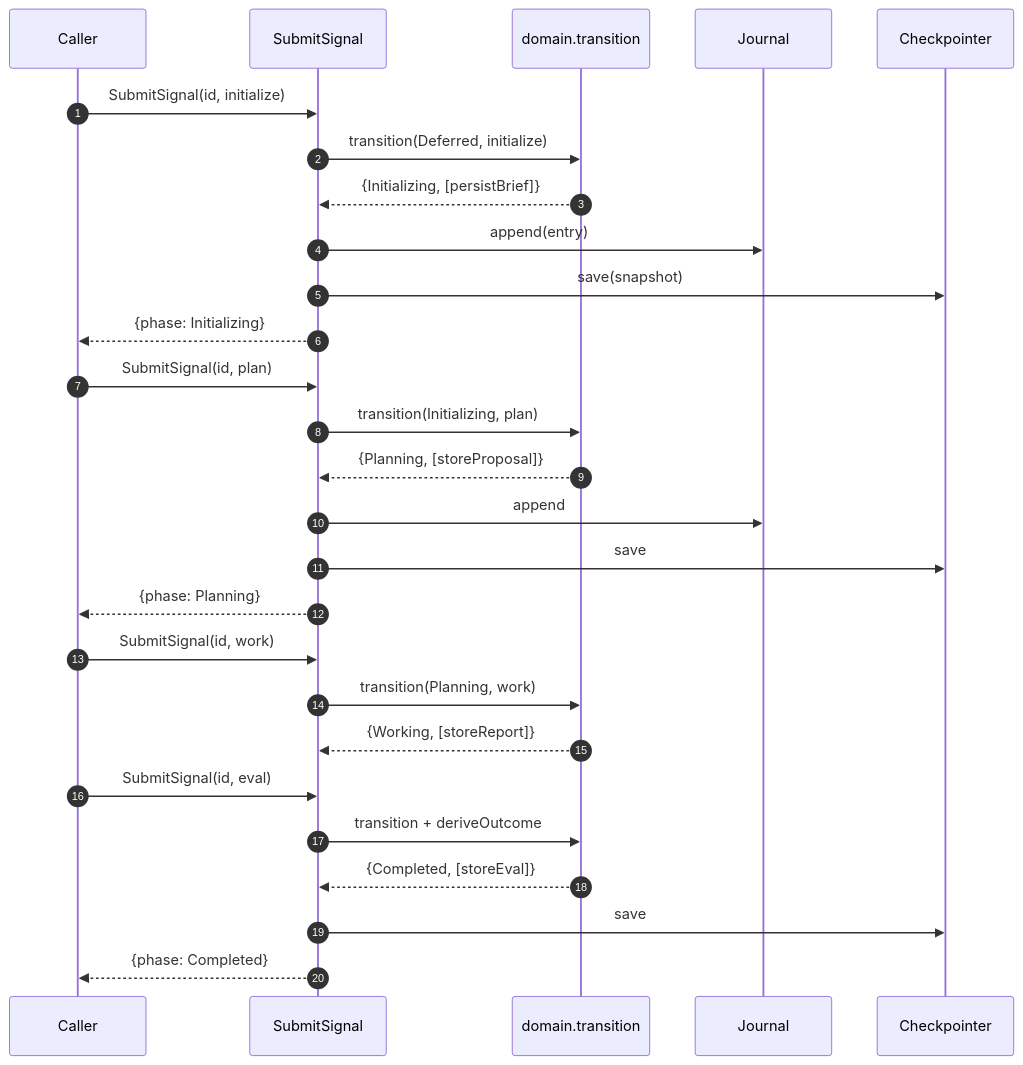
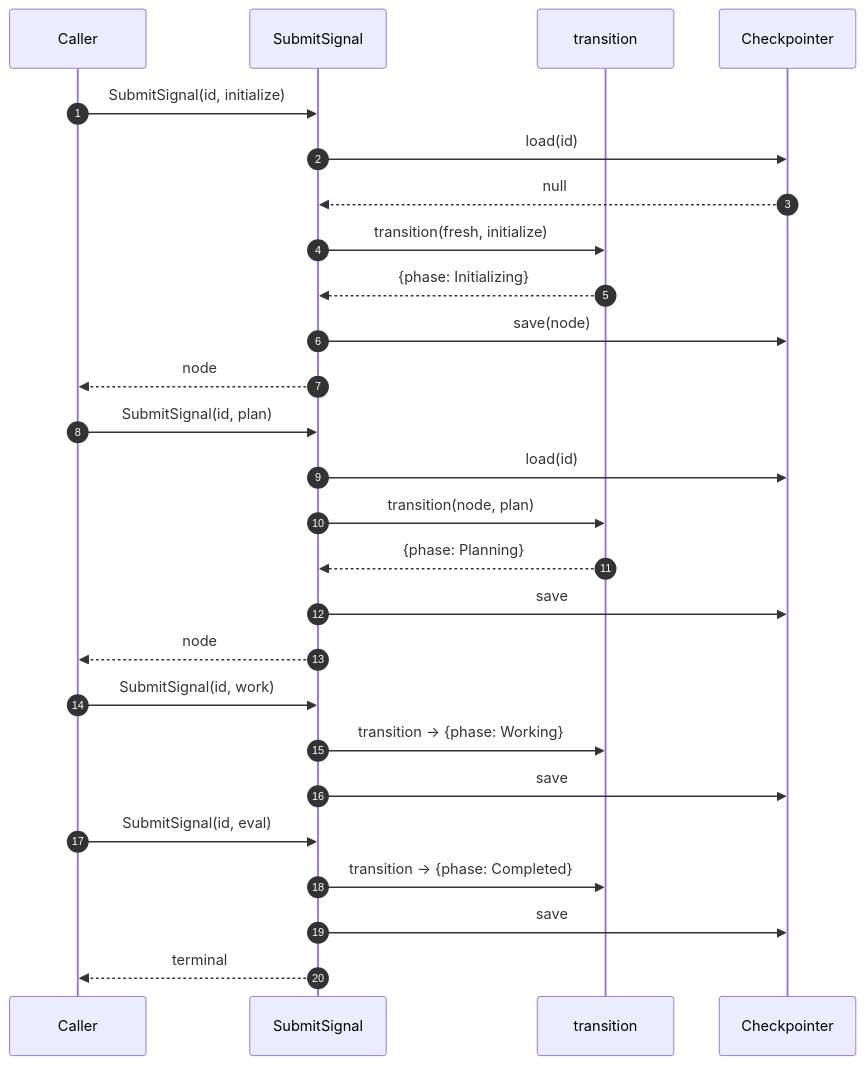
Before and after one commit to foreman-lab/handbook: the diagram in architecture.md, drawn with Mermaid. The commit also changed other lines of this file, not shown here.

````diff
--- a/architecture.md
+++ b/architecture.md
@@ -361,33 +167,32 @@
 ```mermaid
 sequenceDiagram
     autonumber
     participant C as Caller
     participant UC as SubmitSignal
-    participant Dom as domain.transition
-    participant JR as Journal
+    participant Dom as transition
     participant CP as Checkpointer
 
     C->>UC: SubmitSignal(id, initialize)
-    UC->>Dom: transition(Deferred, initialize)
-    Dom-->>UC: {Initializing, [persistBrief]}
-    UC->>JR: append(entry)
-    UC->>CP: save(snapshot)
-    UC-->>C: {phase: Initializing}
+    UC->>CP: load(id)
+    CP-->>UC: null
+    UC->>Dom: transition(fresh, initialize)
+    Dom-->>UC: {phase: Initializing}
+    UC->>CP: save(node)
+    UC-->>C: node
 
     C->>UC: SubmitSignal(id, plan)
-    UC->>Dom: transition(Initializing, plan)
-    Dom-->>UC: {Planning, [storeProposal]}
-    UC->>JR: append
+    UC->>CP: load(id)
+    UC->>Dom: transition(node, plan)
+    Dom-->>UC: {phase: Planning}
     UC->>CP: save
-    UC-->>C: {phase: Planning}
+    UC-->>C: node
 
     C->>UC: SubmitSignal(id, work)
-    UC->>Dom: transition(Planning, work)
-    Dom-->>UC: {Working, [storeReport]}
+    UC->>Dom: transition → {phase: Working}
+    UC->>CP: save
 
     C->>UC: SubmitSignal(id, eval)
-    UC->>Dom: transition + deriveOutcome
-    Dom-->>UC: {Completed, [storeEval]}
+    UC->>Dom: transition → {phase: Completed}
     UC->>CP: save
-    UC-->>C: {phase: Completed}
+    UC-->>C: terminal
 ```
````
